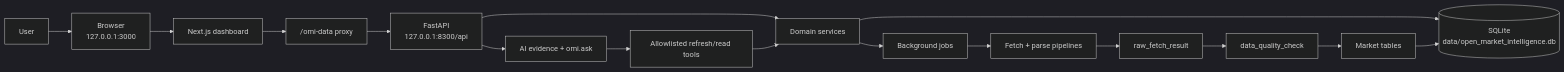
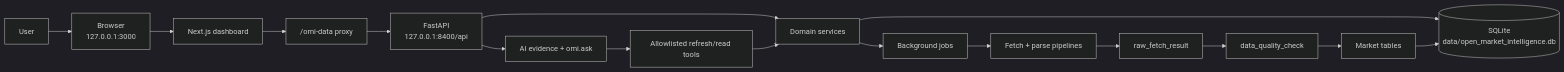
Before and after one commit to lulu930128/open-market-intelligence: the diagram in README.md, drawn with Mermaid (dark theme). The commit also changed other lines of this file and 59 other files, not shown here.

````diff
--- a/README.md
+++ b/README.md
@@ -204,21 +204,21 @@
 ```mermaid
 flowchart LR
     user["User"] --> browser["Browser<br/>127.0.0.1:3000"]
     browser --> next["Next.js dashboard"]
     next --> proxy["/omi-data proxy"]
-    proxy --> api["FastAPI<br/>127.0.0.1:8300/api"]
+    proxy --> api["FastAPI<br/>127.0.0.1:8400/api"]
 
     api --> services["Domain services"]
     services --> db[("SQLite<br/>data/open_market_intelligence.db")]
     services --> jobs["Background jobs"]
     jobs --> fetch["Fetch + parse pipelines"]
 
     fetch --> raw["raw_fetch_result"]
     raw --> quality["data_quality_check"]
     quality --> tables["Market tables"]
     tables --> db
 
     api --> ai["AI evidence + omi.ask"]
     ai --> tools["Allowlisted refresh/read tools"]
     tools --> services
 ```
````
